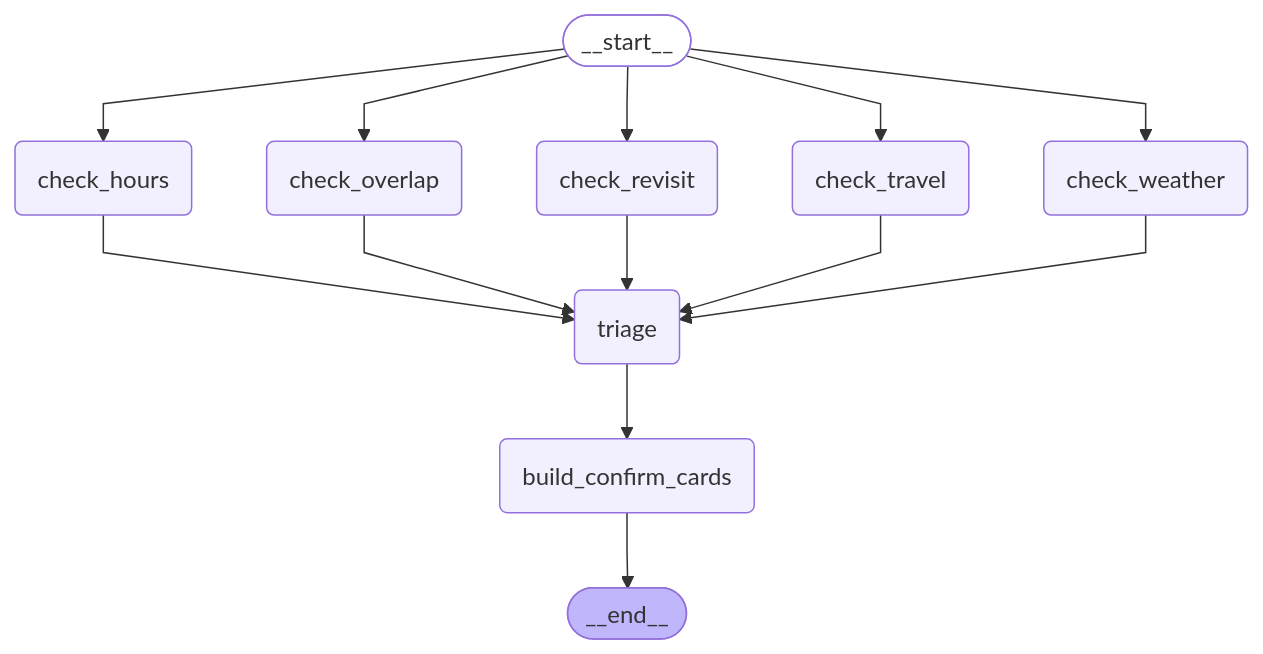
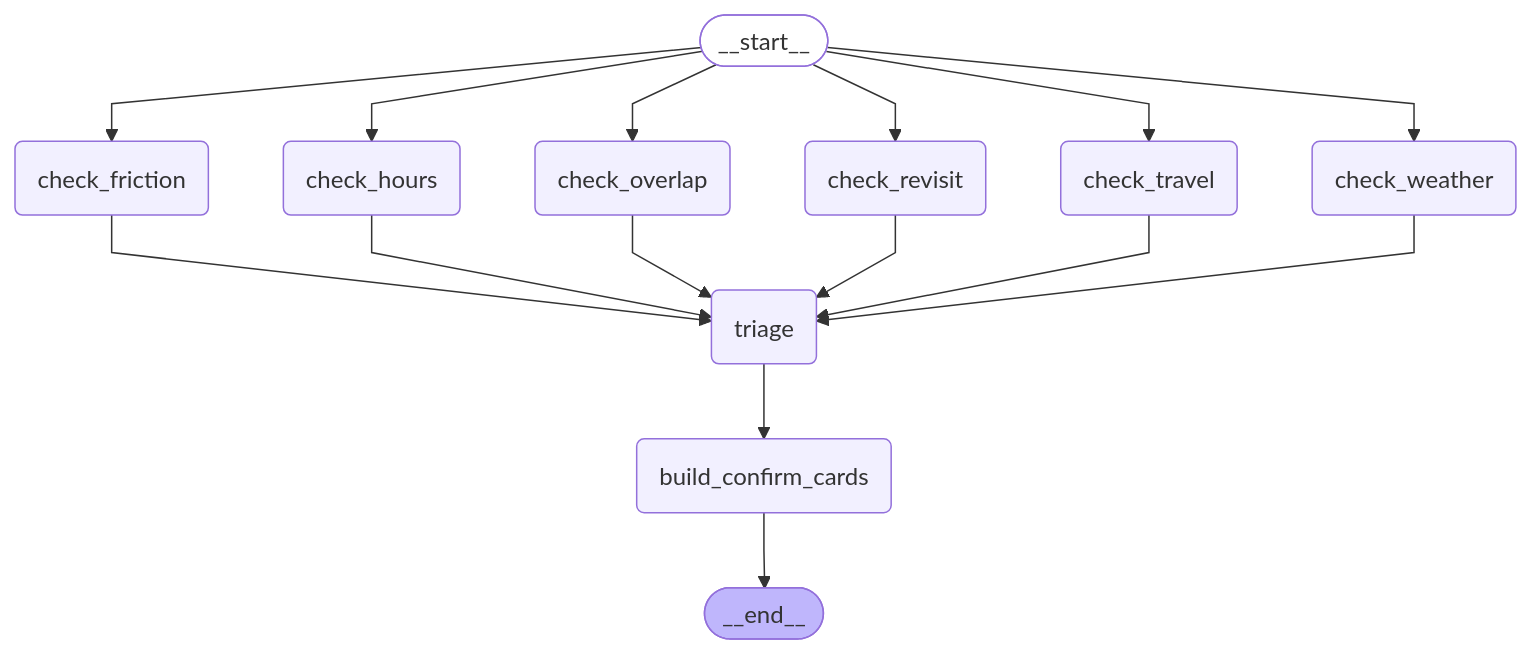
One commit to ChaeUngLim/CulturePilot_AI-main changed the diagram in culturemate/docs/diagrams/validation.mmd. Above: the diagram before and after it, drawn with Mermaid. The commit also changed 4 other files, not shown here.

First line of the commit message:
fix: 문서 정합성 잔여 5건 — 다이어그램·주석·배치 스크립트

```diff
--- a/culturemate/docs/diagrams/validation.mmd
+++ b/culturemate/docs/diagrams/validation.mmd
@@ -1,30 +1,33 @@
 ---
 config:
   flowchart:
     curve: linear
 ---
 graph TD;
 	__start__([<p>__start__</p>]):::first
 	check_hours(check_hours)
 	check_travel(check_travel)
 	check_overlap(check_overlap)
 	check_weather(check_weather)
 	check_revisit(check_revisit)
+	check_friction(check_friction)
 	triage(triage)
 	build_confirm_cards(build_confirm_cards)
 	__end__([<p>__end__</p>]):::last
+	__start__ --> check_friction;
 	__start__ --> check_hours;
 	__start__ --> check_overlap;
 	__start__ --> check_revisit;
 	__start__ --> check_travel;
 	__start__ --> check_weather;
+	check_friction --> triage;
 	check_hours --> triage;
 	check_overlap --> triage;
 	check_revisit --> triage;
 	check_travel --> triage;
 	check_weather --> triage;
 	triage --> build_confirm_cards;
 	build_confirm_cards --> __end__;
 	classDef default fill:#f2f0ff,line-height:1.2
 	classDef first fill-opacity:0
 	classDef last fill:#bfb6fc
```
